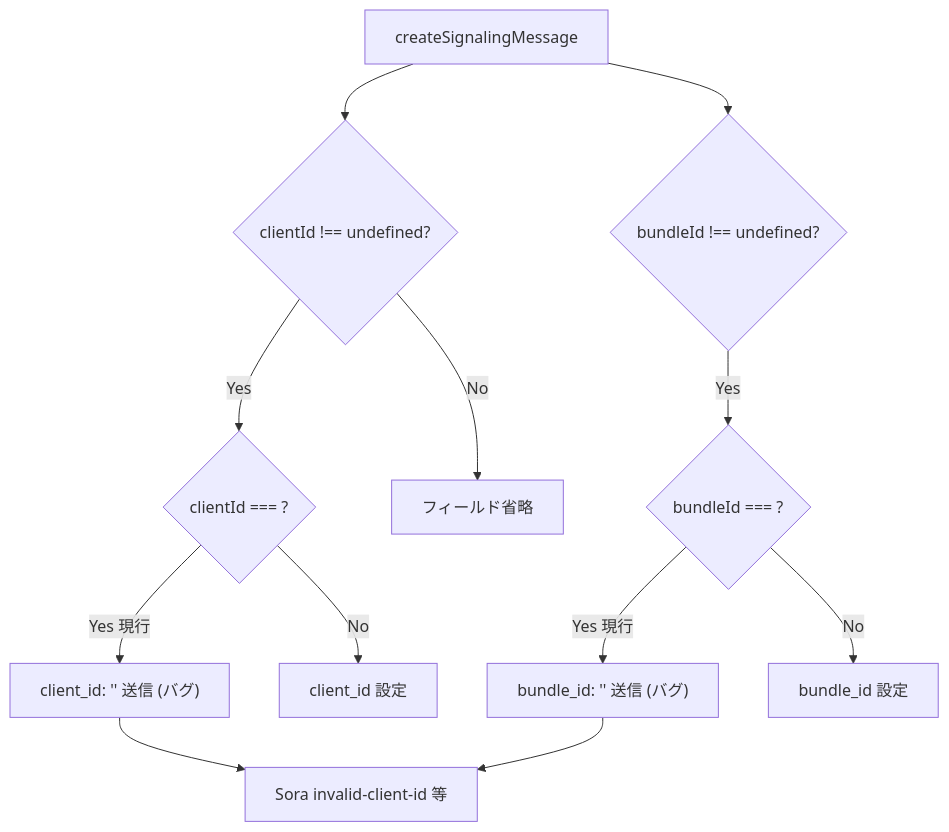
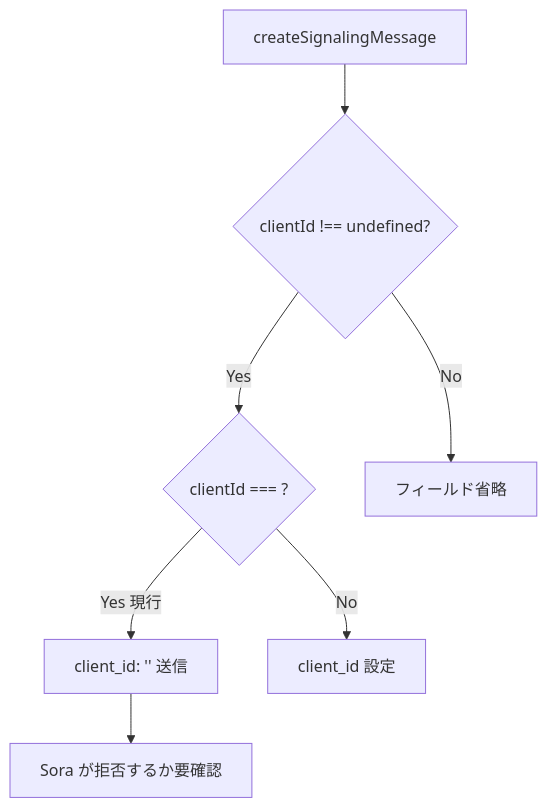
One commit to shiguredo/sora-js-sdk changed the diagram in issues/0017-bug-fix-clientid-bundleid-empty-string-accepted.md. Above: the diagram before and after it, drawn with Mermaid. The commit also changed other lines of this file and 33 other files, not shown here.

````diff
--- a/issues/0017-bug-fix-clientid-bundleid-empty-string-accepted.md
+++ b/issues/0017-bug-fix-clientid-bundleid-empty-string-accepted.md
@@ -20,14 +23,9 @@
 ```mermaid
 flowchart TD
     A[createSignalingMessage] --> B{clientId !== undefined?}
     B -->|Yes| C{clientId === ""?}
-    C -->|Yes 現行| D["client_id: '' 送信 (バグ)"]
+    C -->|Yes 現行| D["client_id: '' 送信"]
     C -->|No| E[client_id 設定]
     B -->|No| F[フィールド省略]
-    A --> G{bundleId !== undefined?}
-    G -->|Yes| H{bundleId === ""?}
-    H -->|Yes 現行| I["bundle_id: '' 送信 (バグ)"]
-    H -->|No| J[bundle_id 設定]
-    D --> K[Sora invalid-client-id 等]
-    I --> K
+    D --> K[Sora が拒否するか要確認]
 ```
````
